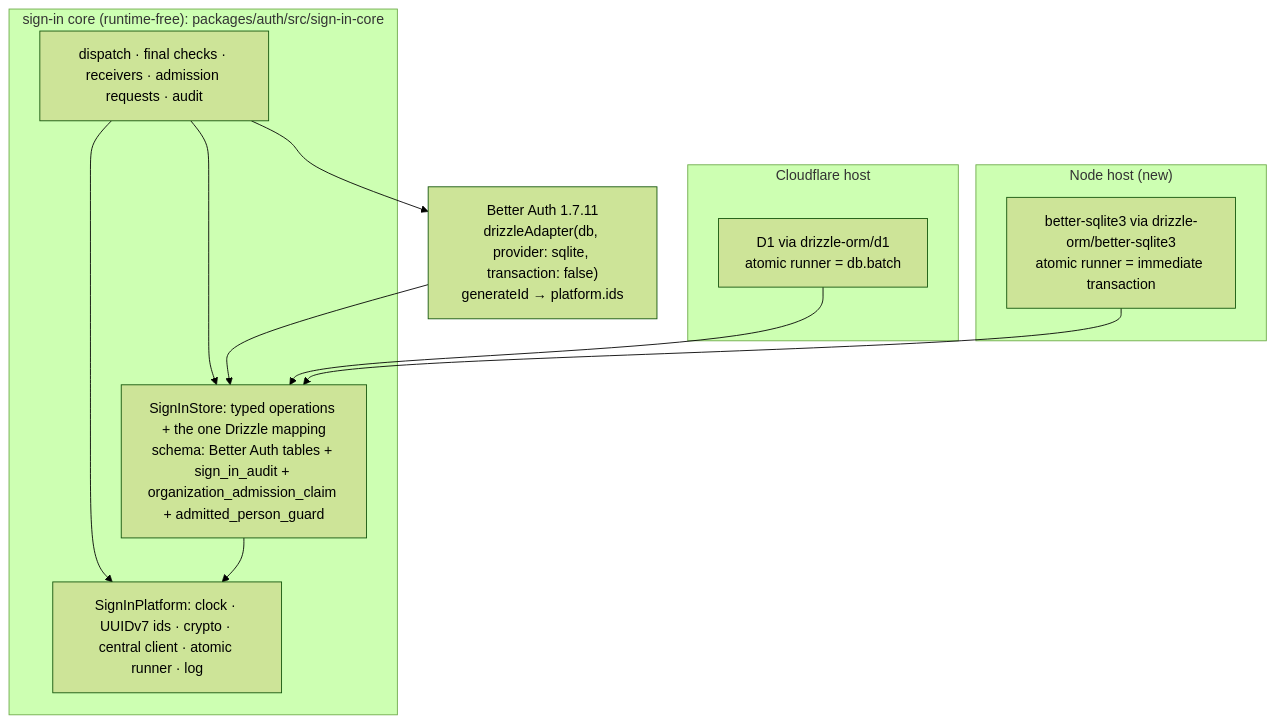
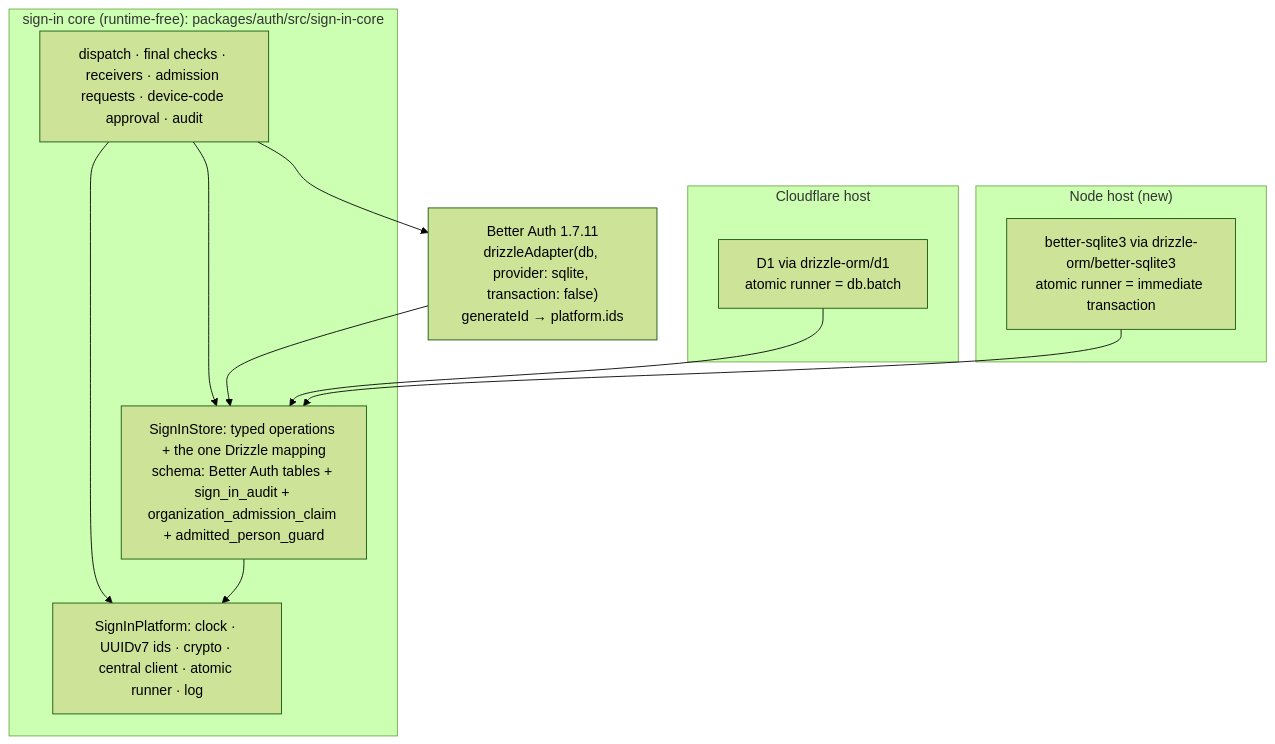
The tenth of 10 diagrams in docs/specs/2026-10-24-agent-identity/program-design.md (ShravanSunder/agent-vm), drawn with Mermaid (forest theme) before and after one commit. The commit also changed other lines of this file and 2 other files, not shown here.

````diff
--- a/docs/specs/2026-10-24-agent-identity/program-design.md
+++ b/docs/specs/2026-10-24-agent-identity/program-design.md
@@ -813,22 +1025,22 @@
 ```mermaid
 flowchart TB
   subgraph CORE["sign-in core (runtime-free): packages/auth/src/sign-in-core"]
-    RULES["dispatch · final checks · receivers · admission requests · audit"]
+    RULES["dispatch · final checks · receivers · admission requests · device-code approval · audit"]
     STORE["SignInStore: typed operations + the one Drizzle mapping<br/>schema: Better Auth tables + sign_in_audit + organization_admission_claim + admitted_person_guard"]
     CAPS["SignInPlatform: clock · UUIDv7 ids · crypto · central client · atomic runner · log"]
     RULES --> STORE
     RULES --> CAPS
     STORE --> CAPS
   end
   BA["Better Auth 1.7.11<br/>drizzleAdapter(db, provider: sqlite, transaction: false)<br/>generateId → platform.ids"]
   RULES --> BA
   BA --> STORE
   subgraph CFH["Cloudflare host"]
     D1["D1 via drizzle-orm/d1<br/>atomic runner = db.batch"]
   end
   subgraph NH["Node host (new)"]
     SQ["better-sqlite3 via drizzle-orm/better-sqlite3<br/>atomic runner = immediate transaction"]
   end
   D1 --> STORE
   SQ --> STORE
 ```
````
